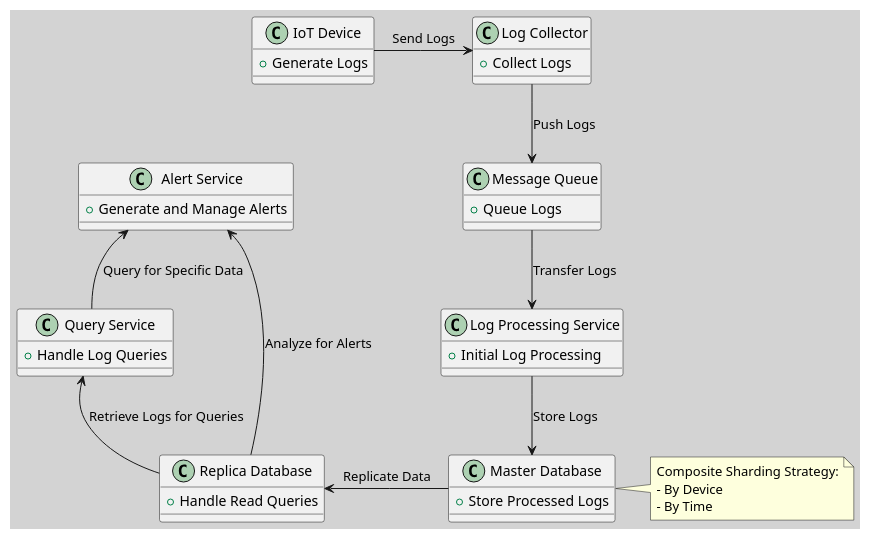
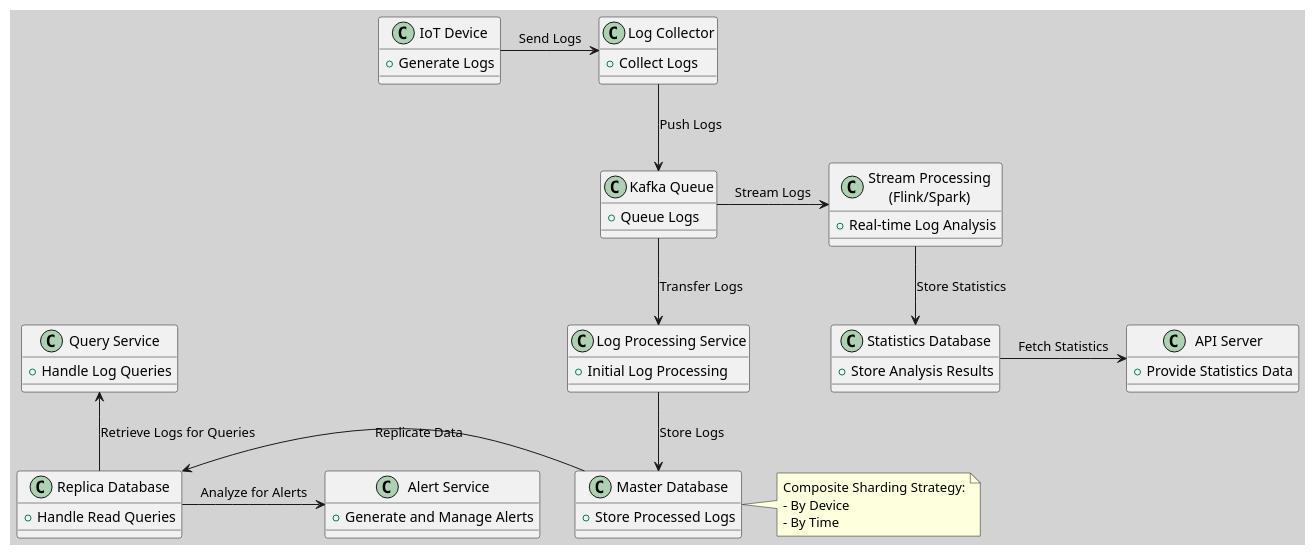
One commit to huangyingw/system_design changed the diagram in interview_questions/iot_log_alert_system_architecture.puml. Above: the diagram before and after it, drawn with PlantUML.

```diff
--- a/interview_questions/iot_log_alert_system_architecture.puml
+++ b/interview_questions/iot_log_alert_system_architecture.puml
@@ -1,55 +1,69 @@
 @startuml
 skinparam backgroundColor #D3D3D3
 
 skinparam rectangle {
     BackgroundColor PaleGreen
     BorderColor DarkSlateGray
 }
 
 class "IoT Device" as IoTDevice {
     +Generate Logs
 }
 
 class "Log Collector" as LogCollector {
     +Collect Logs
 }
 
-class "Message Queue" as MessageQueue {
+class "Kafka Queue" as Kafka {
     +Queue Logs
 }
 
 class "Log Processing Service" as LogProcessing {
     +Initial Log Processing
 }
 
 class "Master Database" as MasterDB {
     +Store Processed Logs
 }
 
 class "Replica Database" as ReplicaDB {
     +Handle Read Queries
 }
 
 class "Query Service" as QueryService {
     +Handle Log Queries
 }
 
 class "Alert Service" as AlertService {
     +Generate and Manage Alerts
 }
 
+class "Stream Processing\n(Flink/Spark)" as StreamProcessing {
+    +Real-time Log Analysis
+}
+
+class "Statistics Database" as StatsDB {
+    +Store Analysis Results
+}
+
+class "API Server" as APIServer {
+    +Provide Statistics Data
+}
+
 IoTDevice -right-> LogCollector : Send Logs
-LogCollector -down-> MessageQueue : Push Logs
-MessageQueue -down-> LogProcessing : Transfer Logs
+LogCollector -down-> Kafka : Push Logs
+Kafka -down-> LogProcessing : Transfer Logs
+Kafka -right-> StreamProcessing : Stream Logs
 LogProcessing -down-> MasterDB : Store Logs
 MasterDB -left-> ReplicaDB : Replicate Data
 ReplicaDB -up-> QueryService : Retrieve Logs for Queries
 ReplicaDB -right-> AlertService : Analyze for Alerts
-QueryService -up-> AlertService : Query for Specific Data
+StreamProcessing -down-> StatsDB : Store Statistics
+StatsDB -right-> APIServer : Fetch Statistics
 
 note right of MasterDB
   Composite Sharding Strategy:
   - By Device
   - By Time
 end note
 @enduml
```
